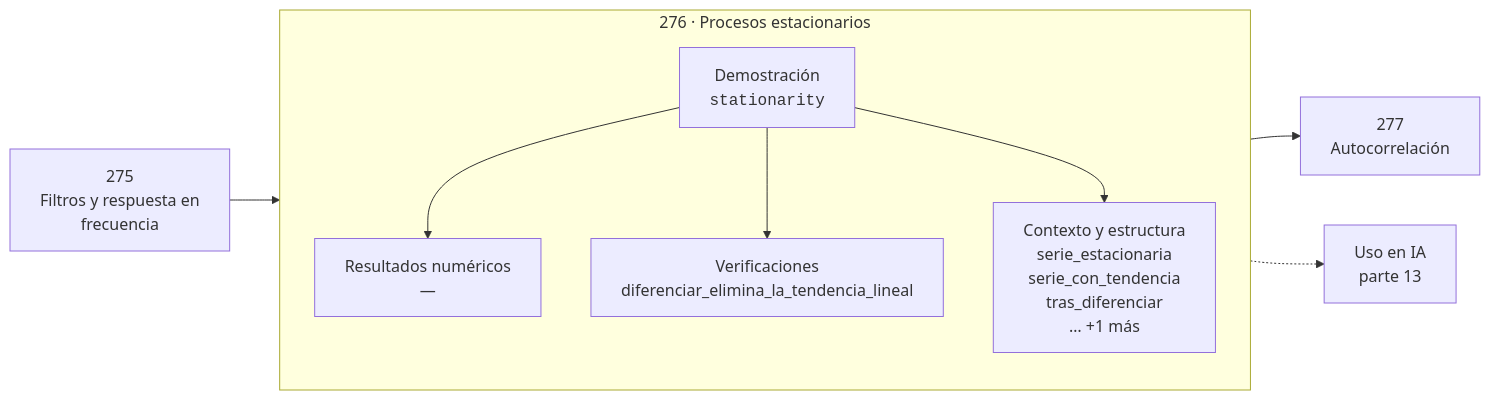
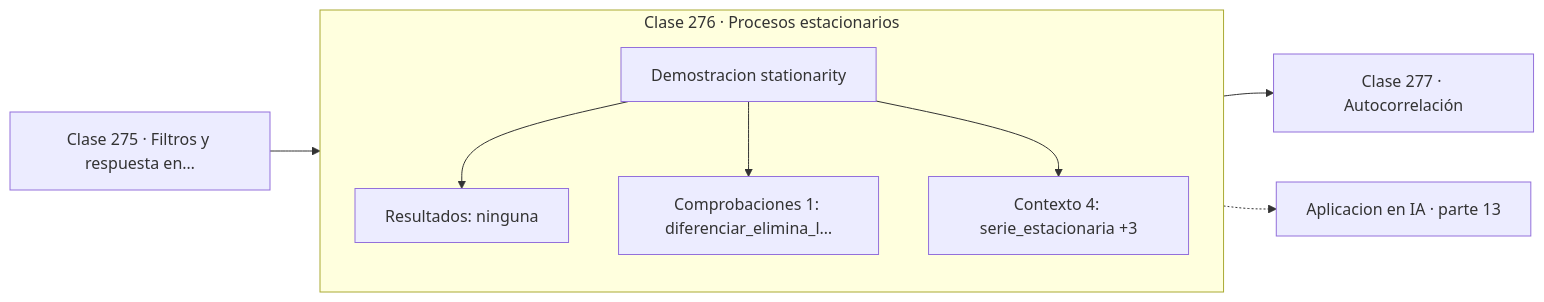
One commit to vladimiracunadev-create/computational-mathematics-program changed the diagram in classes/part-13-teoria-de-la-informacion-senales-y-series/276-procesos-estacionarios/README.md. Above: the diagram before and after it, drawn with Mermaid. The commit also changed 389 other files, not shown here.

First line of the commit message:
fix(diagramas): elimina el HTML de las etiquetas Mermaid

````diff
--- a/classes/part-13-teoria-de-la-informacion-senales-y-series/276-procesos-estacionarios/README.md
+++ b/classes/part-13-teoria-de-la-informacion-senales-y-series/276-procesos-estacionarios/README.md
@@ -30,12 +30,13 @@
 ```mermaid
 flowchart LR
-    P["275<br/>Filtros y respuesta en<br/>frecuencia"] --> C
-    subgraph C["276 · Procesos estacionarios"]
+    P["Clase 275 · Filtros y respuesta en…"] --> D
+    subgraph CLASE["Clase 276 · Procesos estacionarios"]
         direction TB
-        D["Demostración<br/><code>stationarity</code>"] --> R["Resultados numéricos<br/>—"]
-        D --> V["Verificaciones<br/>diferenciar_elimina_la_tendencia_lineal"]
-        D --> O["Contexto y estructura<br/>serie_estacionaria<br/>serie_con_tendencia<br/>tras_diferenciar<br/>… +1 más"]
+        D["Demostracion stationarity"]
+        D --> R["Resultados: ninguna"]
+        D --> V["Comprobaciones 1: diferenciar_elimina_l…"]
+        D --> O["Contexto 4: serie_estacionaria +3"]
     end
-    C --> N["277<br/>Autocorrelación"]
-    C -.-> IA["Uso en IA<br/>parte 13"]
+    R --> N["Clase 277 · Autocorrelación"]
+    V -.-> IA["Aplicacion en IA · parte 13"]
 ```
````
